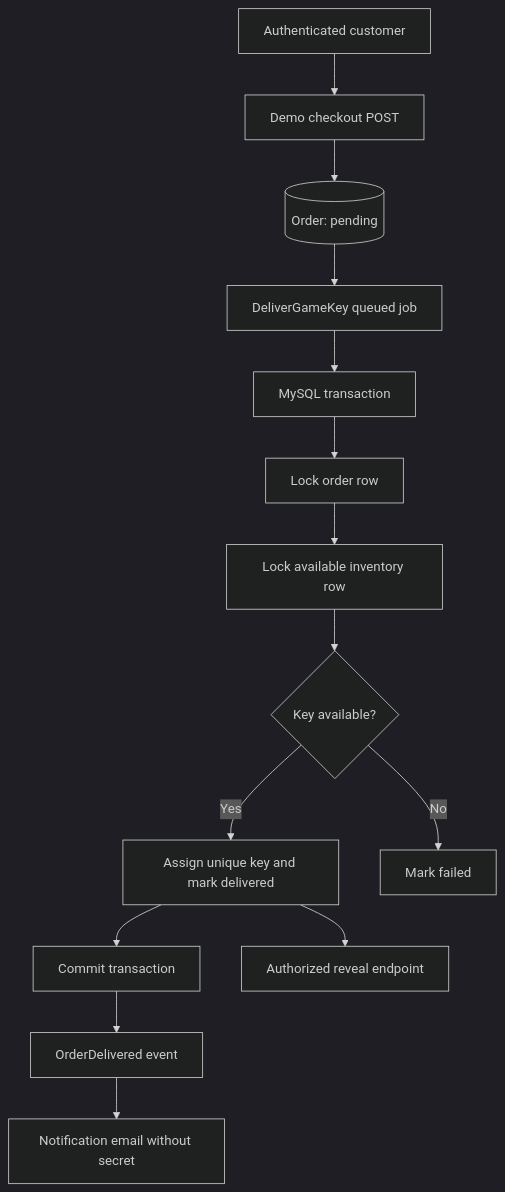
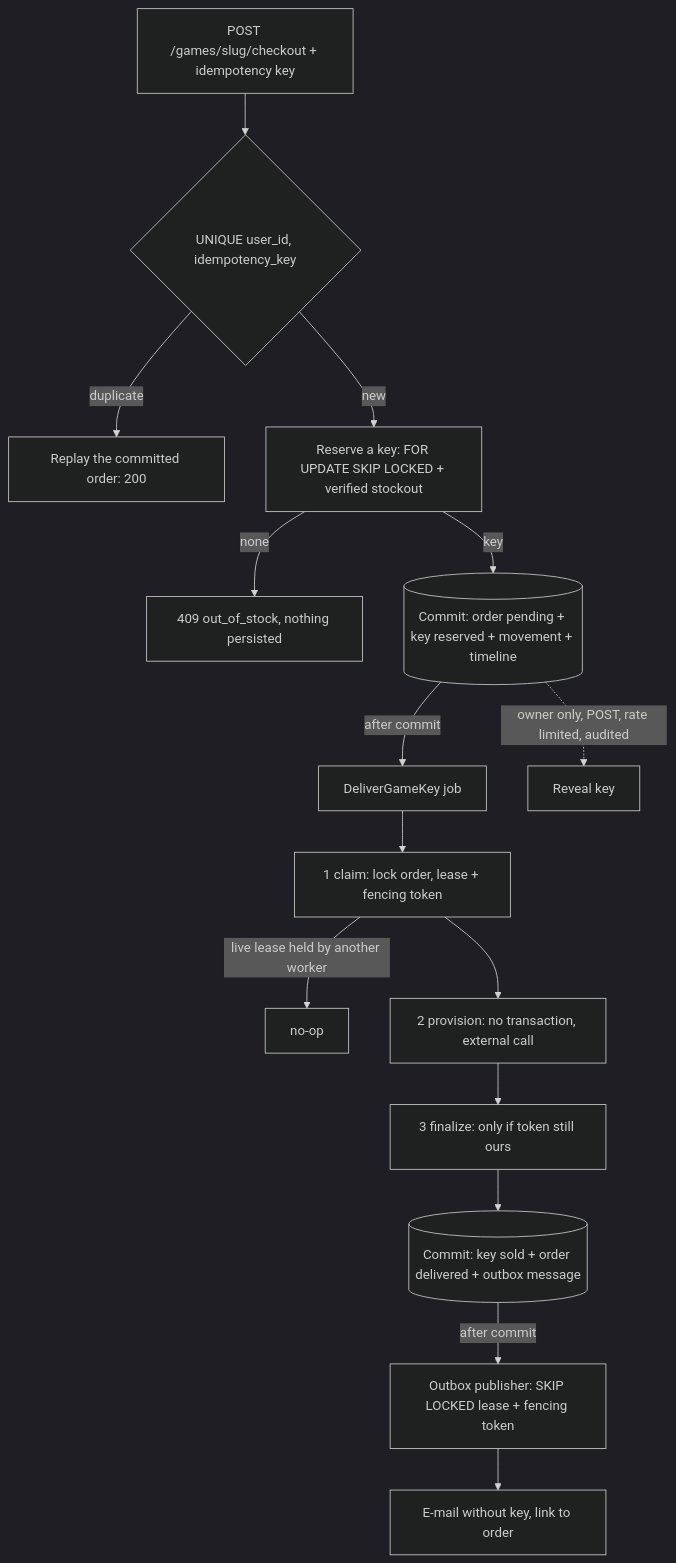
The diagram in docs/architecture.md (KrzakLara/GameVault), drawn with Mermaid (dark theme) before and after one commit. The commit also changed other lines of this file and 143 other files, not shown here.

First line of the commit message:
Harden backend: idempotent checkout, safe inventory, leased fulfillment, outbox

````diff
--- a/docs/architecture.md
+++ b/docs/architecture.md
@@ -3,16 +8,17 @@
 ```mermaid
 flowchart TD
- A[Authenticated customer] --> B[Demo checkout POST]
- B --> C[(Order: pending)]
- C --> D[DeliverGameKey queued job]
- D --> E[MySQL transaction]
- E --> F[Lock order row]
- F --> G[Lock available inventory row]
- G --> H{Key available?}
- H -->|Yes| I[Assign unique key and mark delivered]
- H -->|No| J[Mark failed]
- I --> K[Commit transaction]
- K --> L[OrderDelivered event]
- L --> M[Notification email without secret]
- I --> N[Authorized reveal endpoint]
+  A[POST /games/slug/checkout + idempotency key] --> B{UNIQUE user_id, idempotency_key}
+  B -->|duplicate| R[Replay the committed order: 200]
+  B -->|new| C[Reserve a key: FOR UPDATE SKIP LOCKED + verified stockout]
+  C -->|none| S[409 out_of_stock, nothing persisted]
+  C -->|key| D[(Commit: order pending + key reserved + movement + timeline)]
+  D -->|after commit| J[DeliverGameKey job]
+  J --> K[1 claim: lock order, lease + fencing token]
+  K -->|live lease held by another worker| BUSY[no-op]
+  K --> P[2 provision: no transaction, external call]
+  P --> F[3 finalize: only if token still ours]
+  F --> G[(Commit: key sold + order delivered + outbox message)]
+  G -->|after commit| O[Outbox publisher: SKIP LOCKED lease + fencing token]
+  O --> M[E-mail without key, link to order]
+  D -.->|owner only, POST, rate limited, audited| V[Reveal key]
 ```
````
